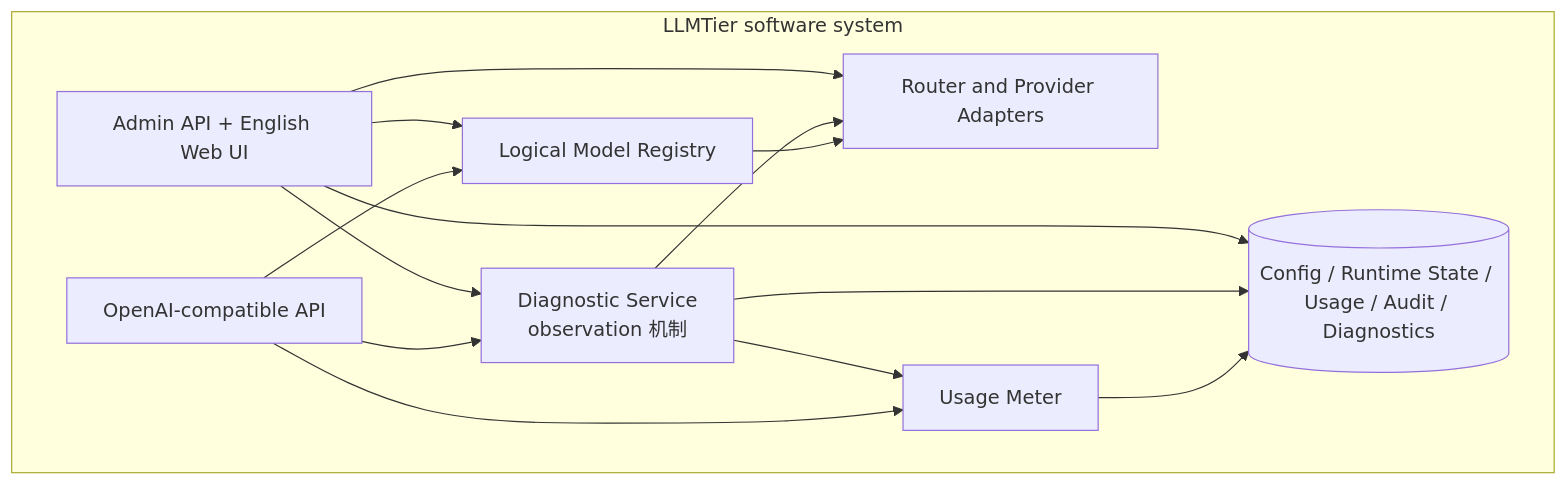
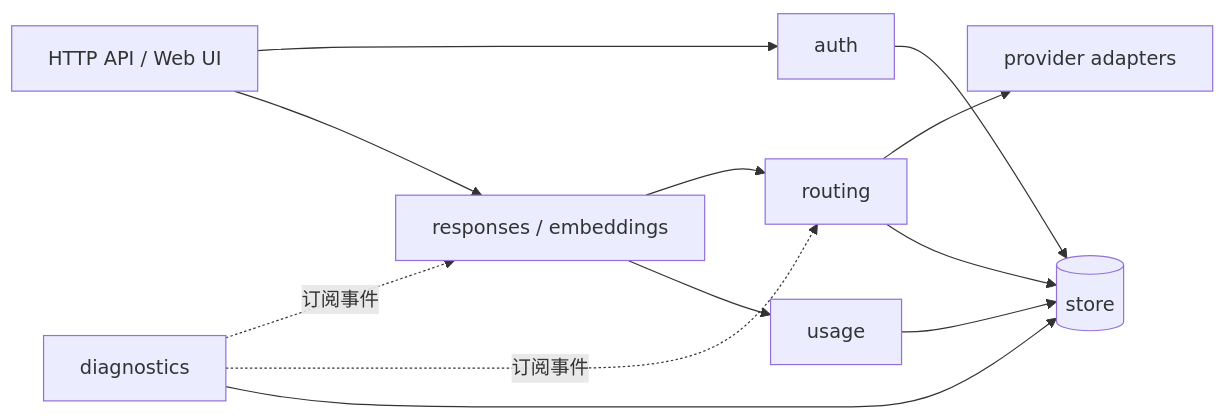
The second of 6 diagrams in docs/20_system_design/llmtier-system-design.md (corezilla/LLMTier), drawn with Mermaid before and after one commit. The commit also changed other lines of this file and 117 other files, not shown here.

````diff
--- a/docs/20_system_design/llmtier-system-design.md
+++ b/docs/20_system_design/llmtier-system-design.md
@@ -81,21 +95,14 @@
 ```mermaid
-flowchart TB
-  subgraph LT[LLMTier software system]
-    API[OpenAI-compatible API]
-    ADM[Admin API + English Web UI]
-    REG[Logical Model Registry]
-    ROUTER[Router and Provider Adapters]
-    METER[Usage Meter]
-    DIAG[Diagnostic Service<br/>observation 机制]
-    STORE[(Config / Runtime State / Usage / Audit / Diagnostics)]
-    API --> REG --> ROUTER
-    API --> METER --> STORE
-    API --> DIAG --> STORE
-    DIAG --> ROUTER
-    DIAG --> METER
-    ADM --> REG
-    ADM --> ROUTER
-    ADM --> STORE
-    ADM --> DIAG
-  end
+flowchart LR
+  API[HTTP API / Web UI] --> AUTH[auth]
+  API --> RES[responses / embeddings]
+  RES --> ROUTER[routing]
+  RES --> USAGE[usage]
+  ROUTER --> ADAPTERS[provider adapters]
+  DIAG[diagnostics] -.订阅事件.-> RES
+  DIAG -.订阅事件.-> ROUTER
+  DIAG --> STORE[(store)]
+  USAGE --> STORE
+  ROUTER --> STORE
+  AUTH --> STORE
 ```
````
